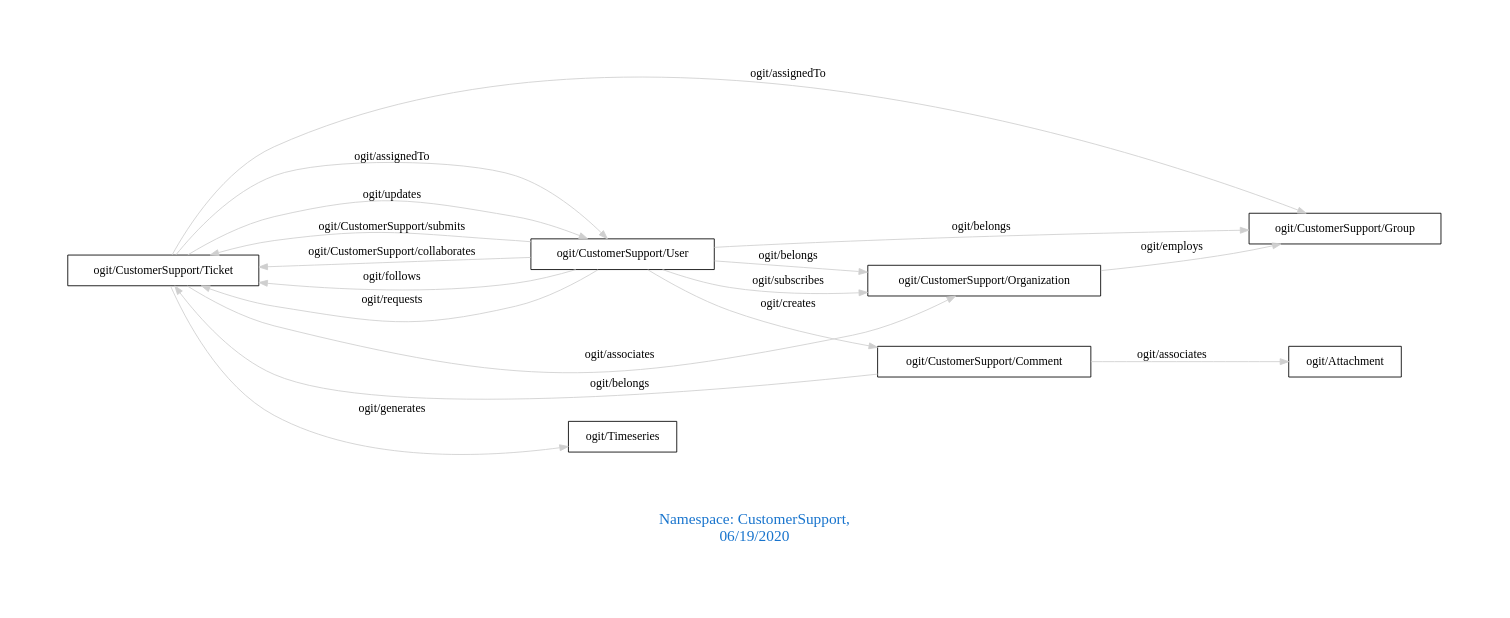
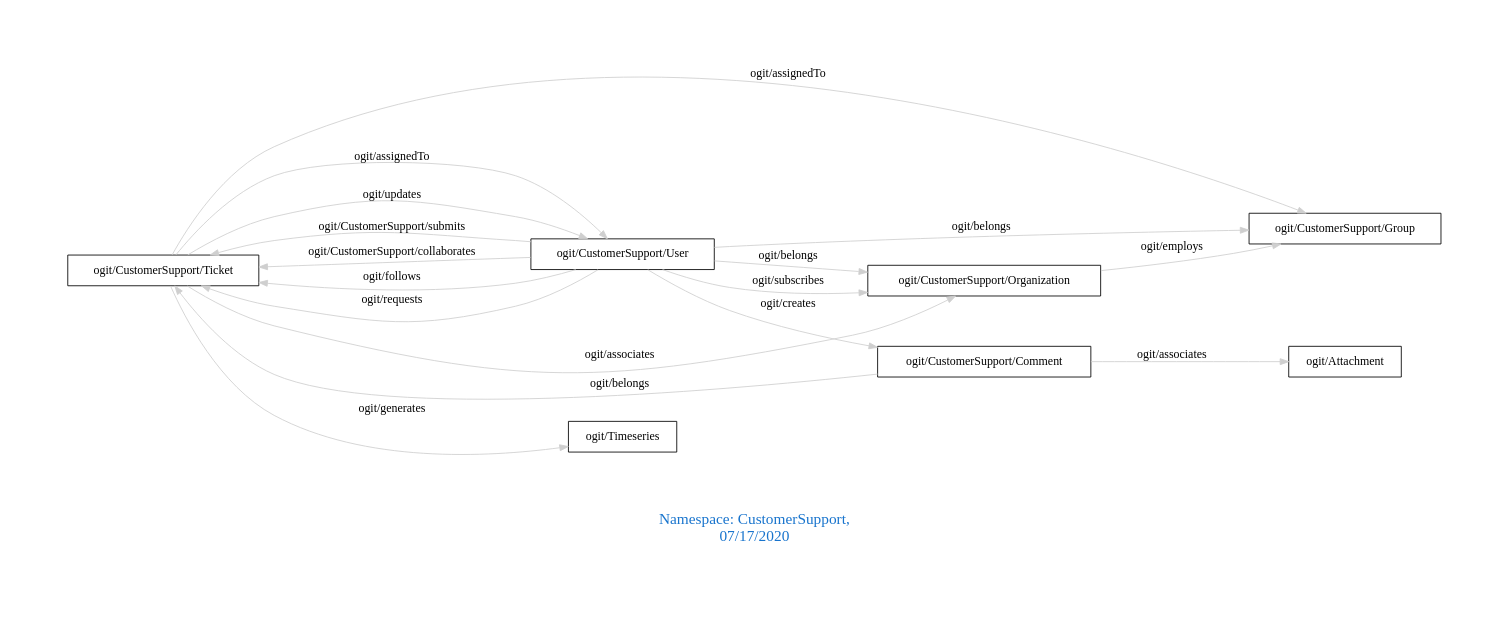
The diagram in downloads/CustomerSupport.dot (arago/OGIT), drawn with Graphviz before and after one commit. The commit also changed 1777 other files, not shown here.

```diff
--- a/downloads/CustomerSupport.dot
+++ b/downloads/CustomerSupport.dot
@@ -1,24 +1,24 @@
 digraph OGIT_ontology {
  graph [ rankdir= LR,pad=1 
 fontsize = 18,
-fontcolor= dodgerblue3,label = "\n\n\nNamespace: CustomerSupport, \n 06/19/2020"];
+fontcolor= dodgerblue3,label = "\n\n\nNamespace: CustomerSupport, \n 07/17/2020"];
 node[shape=polygon];
 edge [  color="gray81"];
 
    "ogit/CustomerSupport/Ticket" -> "ogit/CustomerSupport/User" [label="   ogit/assignedTo    "];
    "ogit/CustomerSupport/Ticket" -> "ogit/CustomerSupport/Group" [label="   ogit/assignedTo    "];
    "ogit/CustomerSupport/Ticket" -> "ogit/Timeseries" [label="   ogit/generates    "];
    "ogit/CustomerSupport/User" -> "ogit/CustomerSupport/Ticket" [label="   ogit/CustomerSupport/submits    "];
    "ogit/CustomerSupport/Organization" -> "ogit/CustomerSupport/Group" [label="   ogit/employs    "];
    "ogit/CustomerSupport/User" -> "ogit/CustomerSupport/Ticket" [label="   ogit/CustomerSupport/collaborates    "];
    "ogit/CustomerSupport/User" -> "ogit/CustomerSupport/Ticket" [label="   ogit/follows    "];
    "ogit/CustomerSupport/User" -> "ogit/CustomerSupport/Comment" [label="   ogit/creates    "];
    "ogit/CustomerSupport/Comment" -> "ogit/Attachment" [label="   ogit/associates    "];
    "ogit/CustomerSupport/Ticket" -> "ogit/CustomerSupport/Organization" [label="   ogit/associates    "];
    "ogit/CustomerSupport/User" -> "ogit/CustomerSupport/Ticket" [label="   ogit/requests    "];
    "ogit/CustomerSupport/Ticket" -> "ogit/CustomerSupport/User" [label="   ogit/updates    "];
    "ogit/CustomerSupport/Comment" -> "ogit/CustomerSupport/Ticket" [label="   ogit/belongs    "];
    "ogit/CustomerSupport/User" -> "ogit/CustomerSupport/Group" [label="   ogit/belongs    "];
    "ogit/CustomerSupport/User" -> "ogit/CustomerSupport/Organization" [label="   ogit/belongs    "];
    "ogit/CustomerSupport/User" -> "ogit/CustomerSupport/Organization" [label="   ogit/subscribes    "];
 }
```
